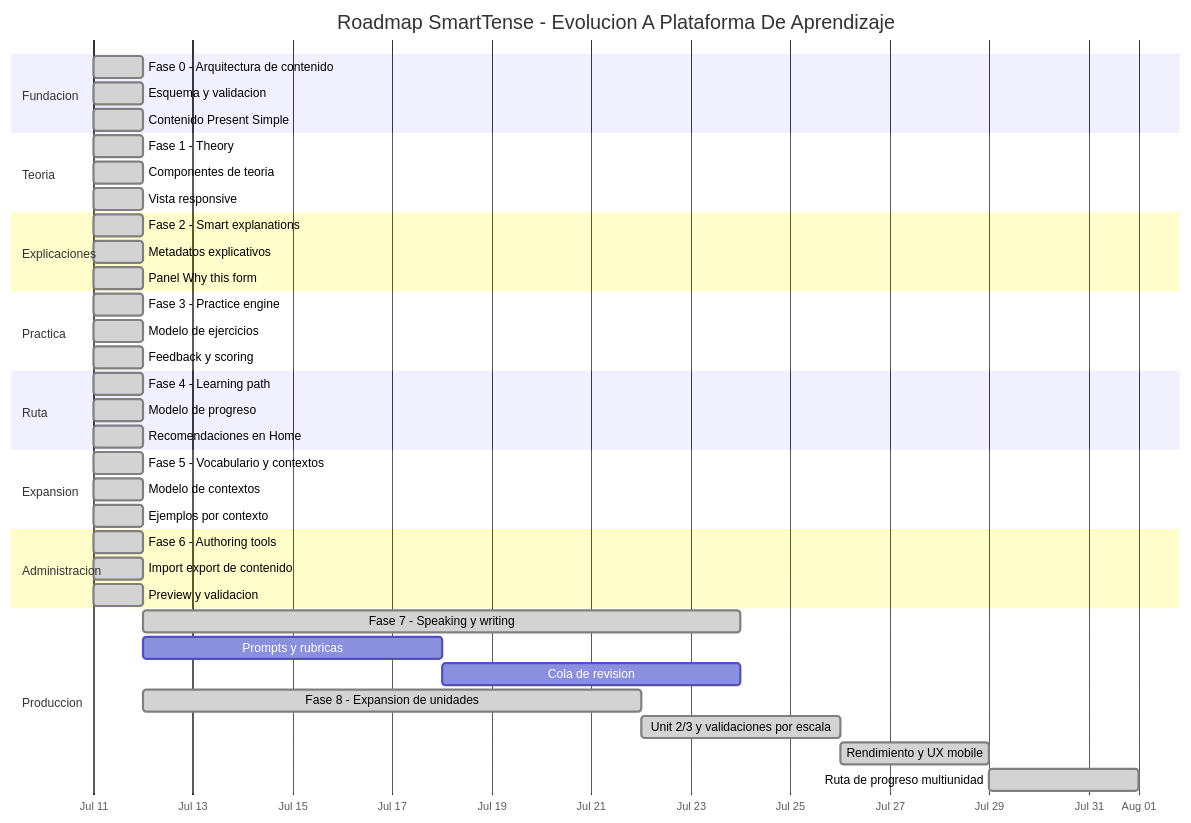
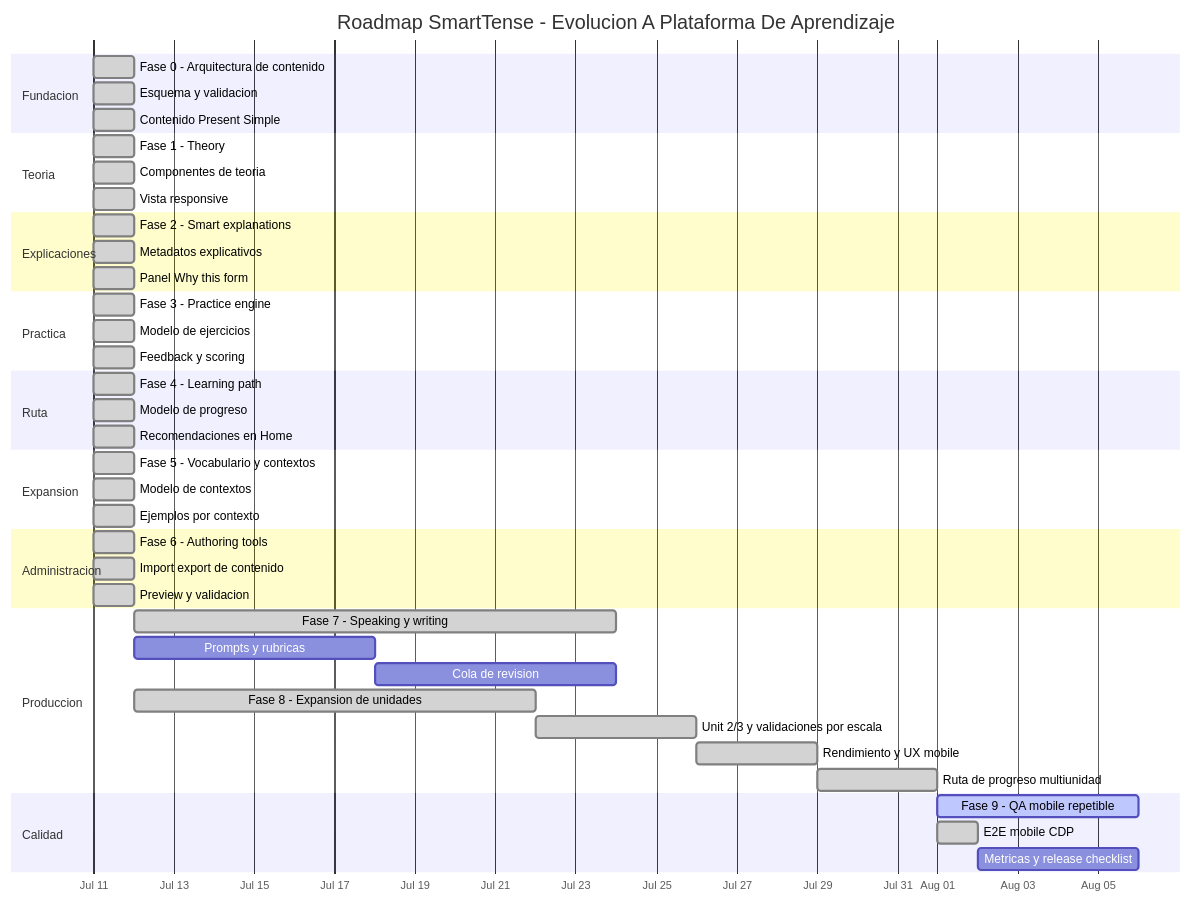
One commit to dafermen/SmartTense changed the diagram in docs/PROJECT_PHASE_ROADMAP.md. Above: the diagram before and after it, drawn with Mermaid. The commit also changed other lines of this file and 10 other files, not shown here.

````diff
--- a/docs/PROJECT_PHASE_ROADMAP.md
+++ b/docs/PROJECT_PHASE_ROADMAP.md
@@ -270,50 +289,54 @@
 ```mermaid
 gantt
     title Roadmap SmartTense - Evolucion A Plataforma De Aprendizaje
     dateFormat  YYYY-MM-DD
     axisFormat  %b %d
 
     section Fundacion
     Fase 0 - Arquitectura de contenido      :done, p0, 2026-07-11, 1d
     Esquema y validacion                    :done, p0a, 2026-07-11, 1d
     Contenido Present Simple                :done, p0b, 2026-07-11, 1d
 
     section Teoria
     Fase 1 - Theory                         :done, p1, 2026-07-11, 1d
     Componentes de teoria                   :done, p1a, 2026-07-11, 1d
     Vista responsive                        :done, p1b, 2026-07-11, 1d
 
     section Explicaciones
     Fase 2 - Smart explanations             :done, p2, 2026-07-11, 1d
     Metadatos explicativos                  :done, p2a, 2026-07-11, 1d
     Panel Why this form                     :done, p2b, 2026-07-11, 1d
 
     section Practica
     Fase 3 - Practice engine                :done, p3, 2026-07-11, 1d
     Modelo de ejercicios                    :done, p3a, 2026-07-11, 1d
     Feedback y scoring                      :done, p3b, 2026-07-11, 1d
 
     section Ruta
     Fase 4 - Learning path                  :done, p4, 2026-07-11, 1d
     Modelo de progreso                      :done, p4a, 2026-07-11, 1d
     Recomendaciones en Home                 :done, p4b, 2026-07-11, 1d
 
     section Expansion
     Fase 5 - Vocabulario y contextos        :done, p5, 2026-07-11, 1d
     Modelo de contextos                     :done, p5a, 2026-07-11, 1d
     Ejemplos por contexto                   :done, p5b, 2026-07-11, 1d
 
     section Administracion
     Fase 6 - Authoring tools                :done, p6, 2026-07-11, 1d
     Import export de contenido              :done, p6a, 2026-07-11, 1d
     Preview y validacion                    :done, p6b, 2026-07-11, 1d
 
     section Produccion
     Fase 7 - Speaking y writing             :done, p7, 2026-07-12, 12d
     Prompts y rubricas                      :p7a, 2026-07-12, 6d
     Cola de revision                        :p7b, after p7a, 6d
     Fase 8 - Expansion de unidades          :done, p8, 2026-07-12, 10d
     Unit 2/3 y validaciones por escala      :done, p8a, after p8, 4d
     Rendimiento y UX mobile                  :done, p8b, after p8a, 3d
     Ruta de progreso multiunidad             :done, p8c, after p8b, 3d
+    section Calidad
+    Fase 9 - QA mobile repetible             :active, p9, after p8c, 5d
+    E2E mobile CDP                            :done, p9a, after p8c, 1d
+    Metricas y release checklist              :p9b, after p9a, 4d
 ```
````
